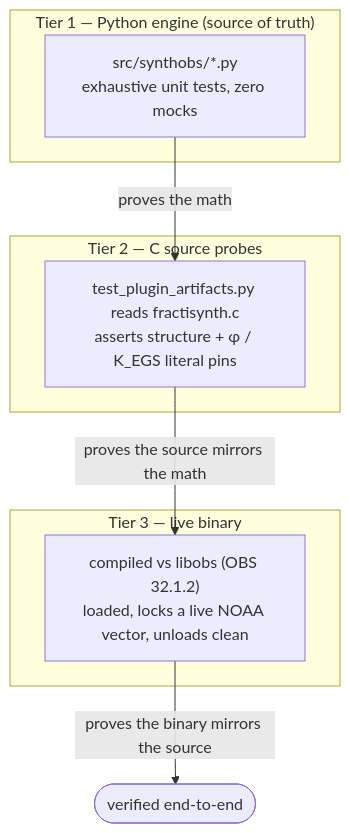
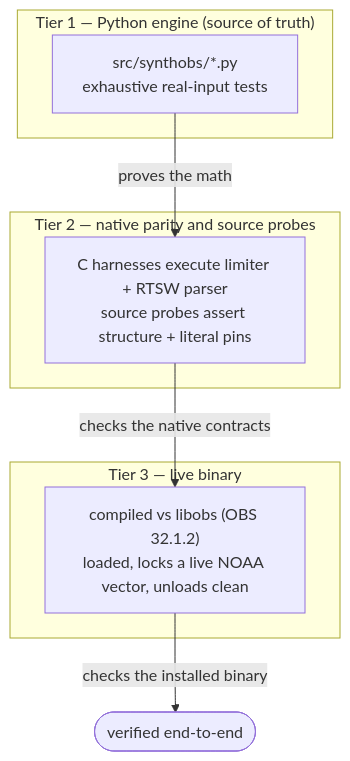
One commit to docxology/SynthOBS changed the diagram in docs/testing.md. Above: the diagram before and after it, drawn with Mermaid. The commit also changed other lines of this file and 90 other files, not shown here.

First line of the commit message:
Release candidate v1.618.0: Phase J parser parity, HMAC provenance, packaging

````diff
--- a/docs/testing.md
+++ b/docs/testing.md
@@ -9,15 +9,15 @@
 ```mermaid
 flowchart TB
     subgraph T1["Tier 1 — Python engine (source of truth)"]
-        E["src/synthobs/*.py<br/>exhaustive unit tests, zero mocks"]
+        E["src/synthobs/*.py<br/>exhaustive real-input tests"]
     end
-    subgraph T2["Tier 2 — C source probes"]
-        C["test_plugin_artifacts.py reads fractisynth.c<br/>asserts structure + φ / K_EGS literal pins"]
+    subgraph T2["Tier 2 — native parity and source probes"]
+        C["C harnesses execute limiter + RTSW parser<br/>source probes assert structure + literal pins"]
     end
     subgraph T3["Tier 3 — live binary"]
         L["compiled vs libobs (OBS 32.1.2)<br/>loaded, locks a live NOAA vector, unloads clean"]
     end
     E -->|"proves the math"| C
-    C -->|"proves the source mirrors the math"| L
-    L -->|"proves the binary mirrors the source"| DONE([verified end-to-end])
+    C -->|"checks the native contracts"| L
+    L -->|"checks the installed binary"| DONE([verified end-to-end])
 ```
````
